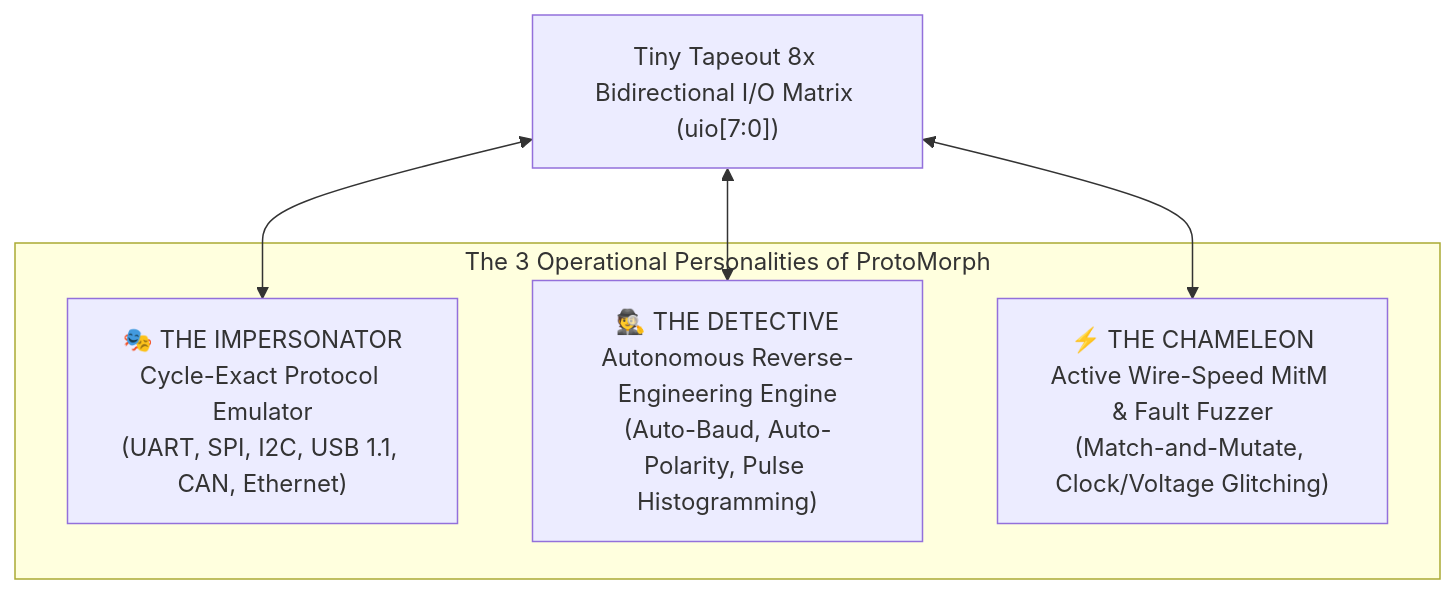
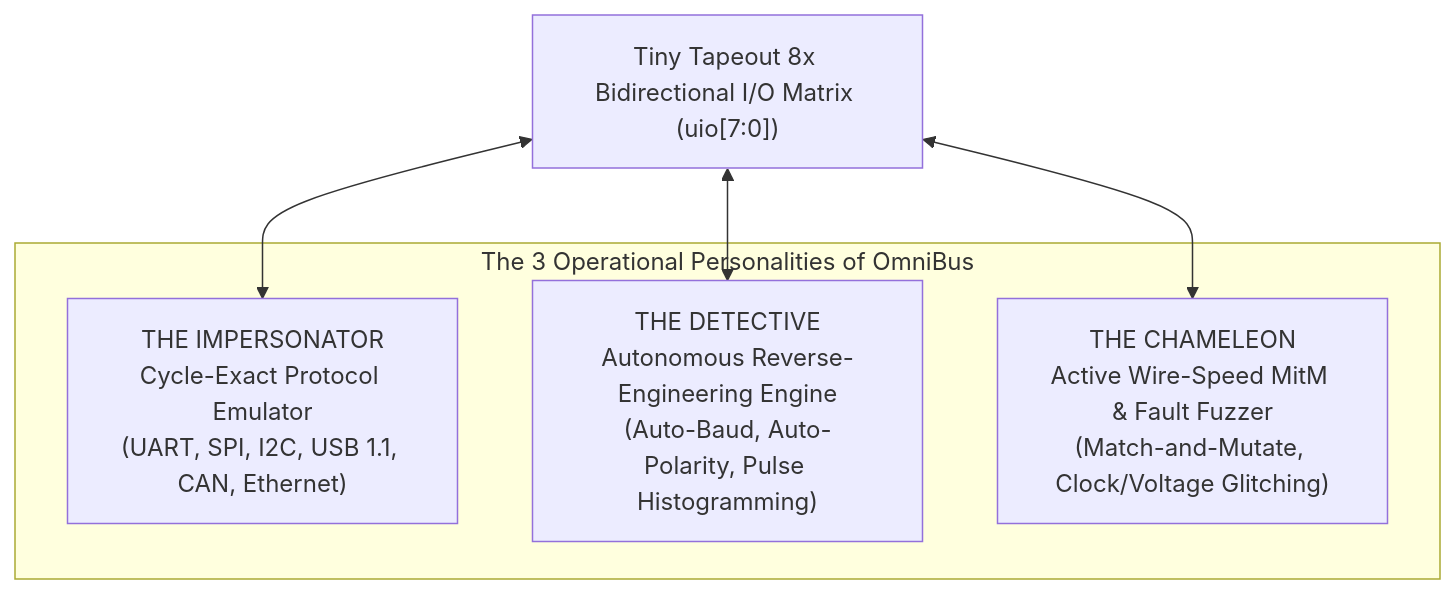
The first of 3 diagrams in CONCEPT.md (fjpolo/ProtocolEmulatorr), drawn with Mermaid before and after one commit. The commit also changed other lines of this file and 1 other file, not shown here.

Commit message:
docs: Rename architecture to OmniBus and clean up documentation

````diff
--- a/CONCEPT.md
+++ b/CONCEPT.md
@@ -21,12 +21,12 @@
 ```mermaid
 flowchart TD
-    subgraph Three_Modes ["The 3 Operational Personalities of ProtoMorph"]
-        M1["🎭 THE IMPERSONATOR<br>Cycle-Exact Protocol Emulator<br>(UART, SPI, I2C, USB 1.1, CAN, Ethernet)"]
-        M2["🕵️ THE DETECTIVE<br>Autonomous Reverse-Engineering Engine<br>(Auto-Baud, Auto-Polarity, Pulse Histogramming)"]
-        M3["⚡ THE CHAMELEON<br>Active Wire-Speed MitM & Fault Fuzzer<br>(Match-and-Mutate, Clock/Voltage Glitching)"]
+    subgraph Three_Modes ["The 3 Operational Personalities of OmniBus"]
+        M1["THE IMPERSONATOR<br>Cycle-Exact Protocol Emulator<br>(UART, SPI, I2C, USB 1.1, CAN, Ethernet)"]
+        M2["THE DETECTIVE<br>Autonomous Reverse-Engineering Engine<br>(Auto-Baud, Auto-Polarity, Pulse Histogramming)"]
+        M3["THE CHAMELEON<br>Active Wire-Speed MitM & Fault Fuzzer<br>(Match-and-Mutate, Clock/Voltage Glitching)"]
     end
 
     Pins["Tiny Tapeout 8x Bidirectional I/O Matrix (uio[7:0])"] <--> M1
     Pins <--> M2
     Pins <--> M3
 ```
````
